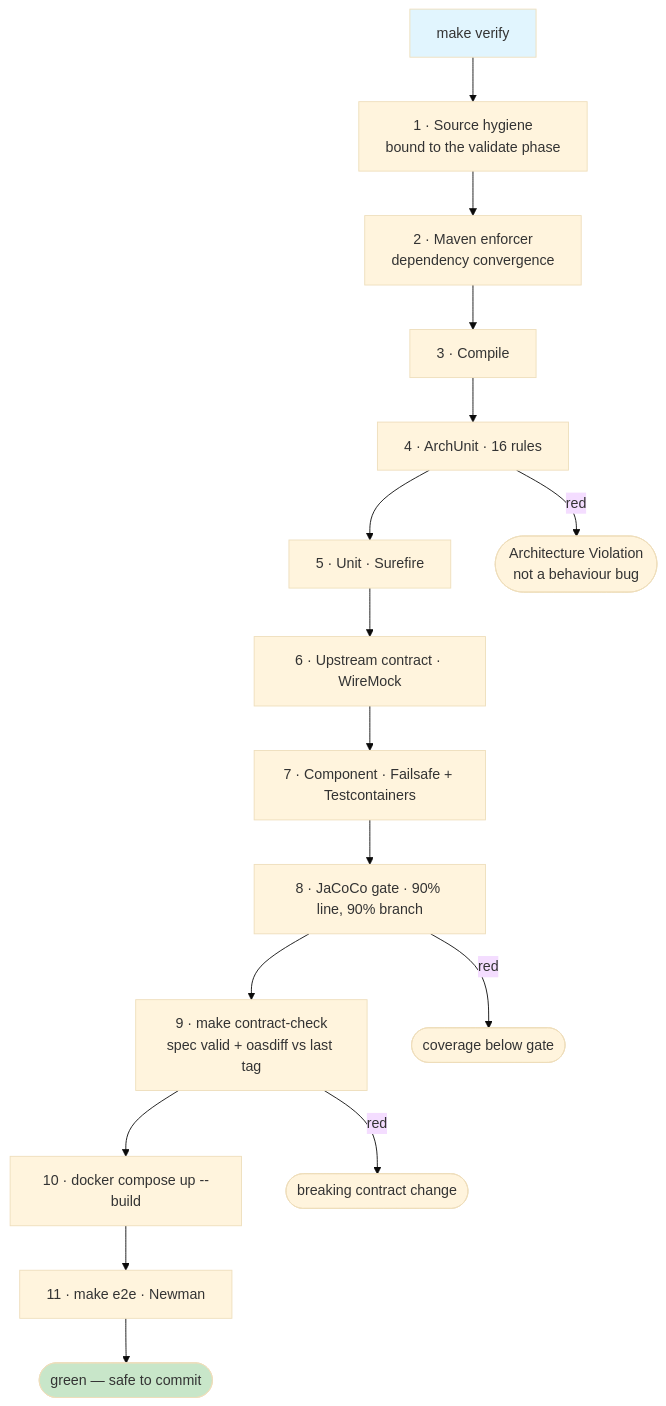
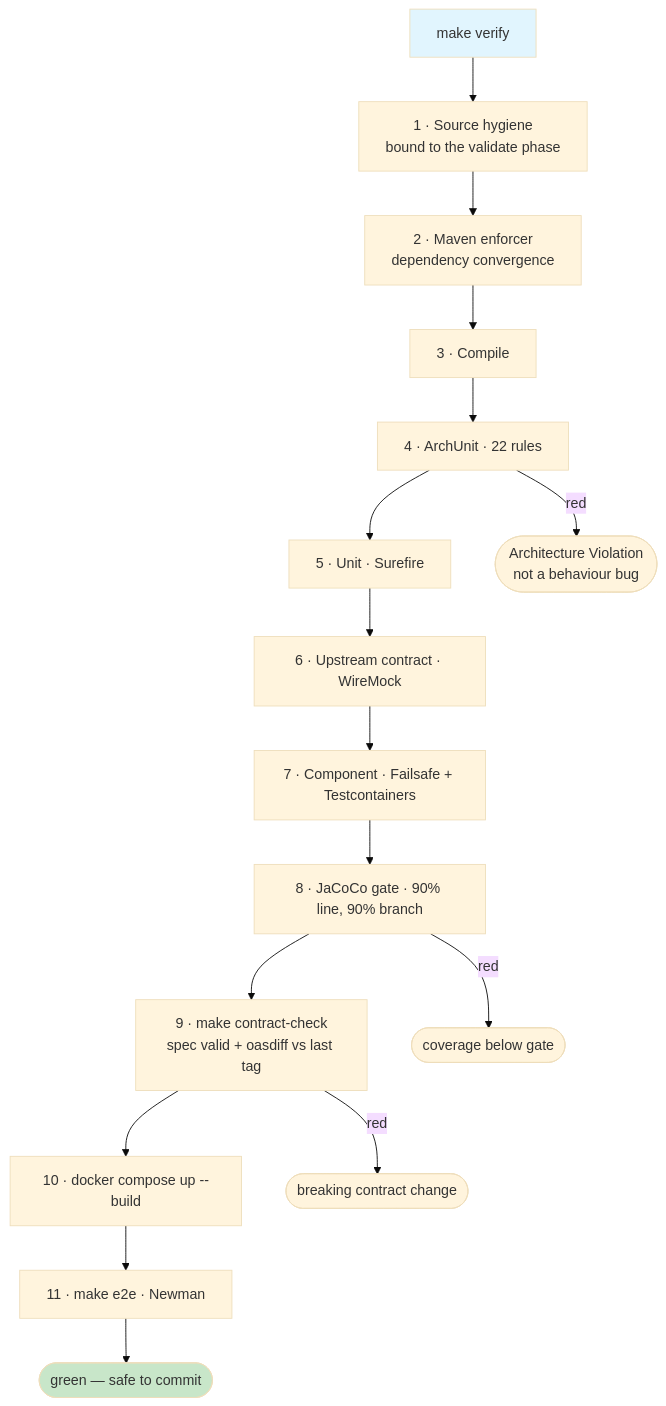
Before and after one commit to davidmtzenciso/pokedex-api: the diagram in docs/diagrams/verification-gates.md, drawn with Mermaid (base theme). The commit also changed other lines of this file and 41 other files, not shown here.

````diff
--- a/docs/diagrams/verification-gates.md
+++ b/docs/diagrams/verification-gates.md
@@ -5,22 +5,22 @@
 ```mermaid
 flowchart TD
   V["make verify"] --> H["1 · Source hygiene<br/>bound to the validate phase"]
   H --> E["2 · Maven enforcer<br/>dependency convergence"]
   E --> C["3 · Compile"]
-  C --> A["4 · ArchUnit · 16 rules"]
+  C --> A["4 · ArchUnit · 22 rules"]
   A --> U["5 · Unit · Surefire"]
   U --> W["6 · Upstream contract · WireMock"]
   W --> K["7 · Component · Failsafe + Testcontainers"]
   K --> J["8 · JaCoCo gate · 90% line, 90% branch"]
   J --> S["9 · make contract-check<br/>spec valid + oasdiff vs last tag"]
   S --> D["10 · docker compose up --build"]
   D --> N["11 · make e2e · Newman"]
   N --> OK([green — safe to commit])
 
   A -->|red| FA([Architecture Violation<br/>not a behaviour bug])
   J -->|red| FJ([coverage below gate])
   S -->|red| FS([breaking contract change])
 
   style V fill:#e1f5fe
   style OK fill:#c8e6c9
 ```
````
